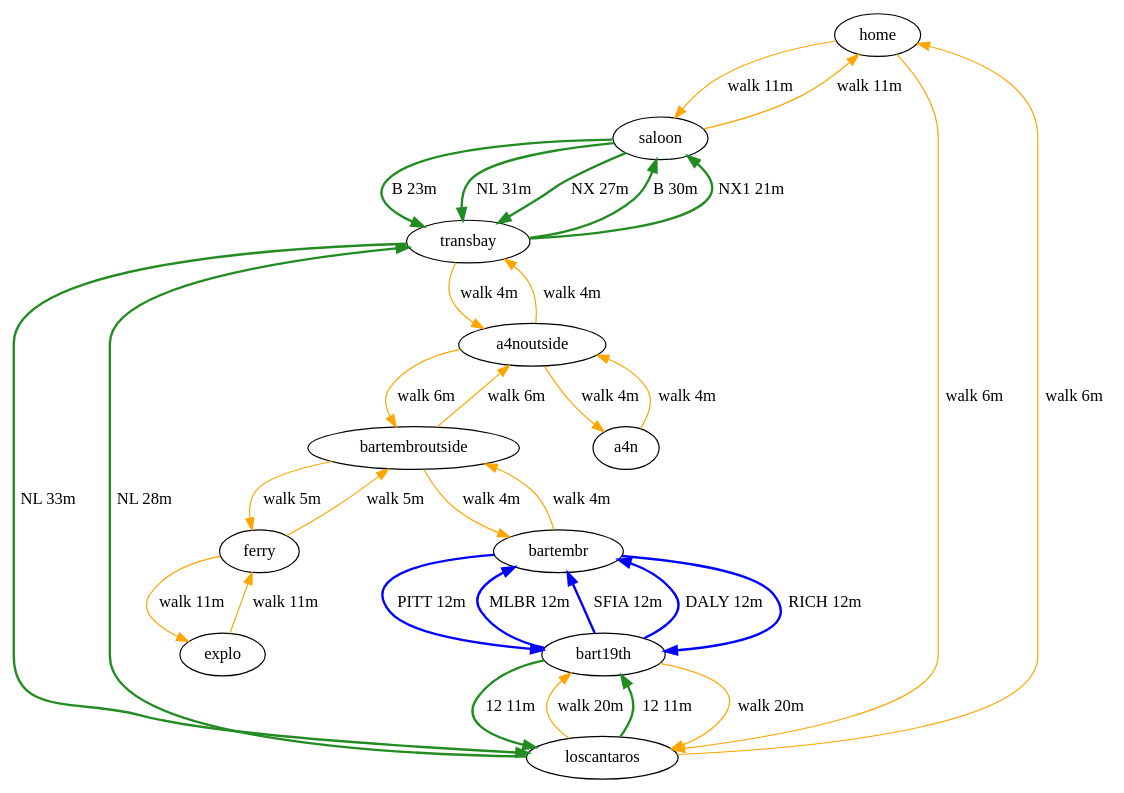
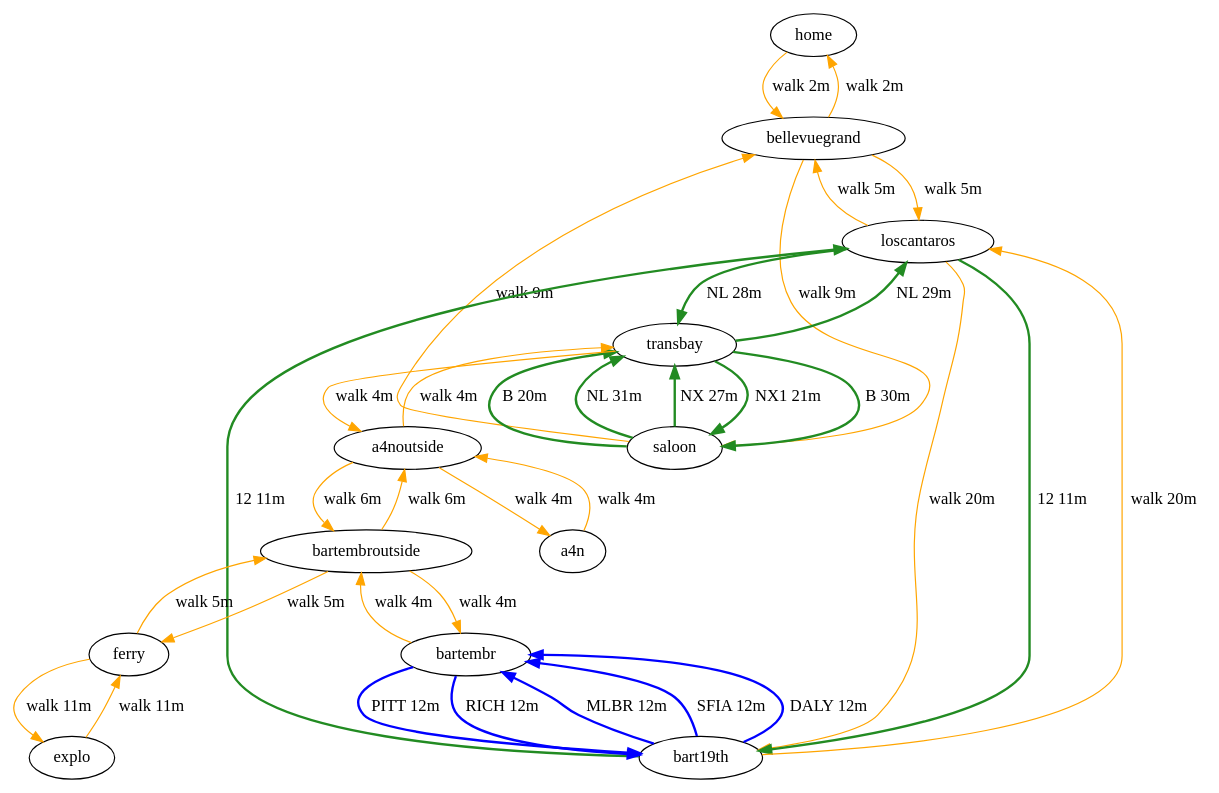
Before and after one commit to longears/busfinder: the diagram in build/graph.dot, drawn with Graphviz. The commit also changed 5 other files, not shown here.

```diff
--- a/build/graph.dot
+++ b/build/graph.dot
@@ -1,35 +1,37 @@
 digraph {
     edge [len=3];
-    home -> saloon[label="walk 11m", color=orange];
-    saloon -> home[label="walk 11m", color=orange];
-    home -> loscantaros[label="walk 6m", color=orange];
-    loscantaros -> home[label="walk 6m", color=orange];
+    home -> bellevuegrand[label="walk 2m", color=orange];
+    bellevuegrand -> home[label="walk 2m", color=orange];
+    bellevuegrand -> saloon[label="walk 9m", color=orange];
+    saloon -> bellevuegrand[label="walk 9m", color=orange];
+    bellevuegrand -> loscantaros[label="walk 5m", color=orange];
+    loscantaros -> bellevuegrand[label="walk 5m", color=orange];
     loscantaros -> bart19th[label="walk 20m", color=orange];
     bart19th -> loscantaros[label="walk 20m", color=orange];
     ferry -> explo[label="walk 11m", color=orange];
     explo -> ferry[label="walk 11m", color=orange];
     ferry -> bartembroutside[label="walk 5m", color=orange];
     bartembroutside -> ferry[label="walk 5m", color=orange];
     bartembroutside -> a4noutside[label="walk 6m", color=orange];
     a4noutside -> bartembroutside[label="walk 6m", color=orange];
     a4noutside -> transbay[label="walk 4m", color=orange];
     transbay -> a4noutside[label="walk 4m", color=orange];
     bartembr -> bartembroutside[label="walk 4m", color=orange];
     bartembroutside -> bartembr[label="walk 4m", color=orange];
     a4noutside -> a4n[label="walk 4m", color=orange];
     a4n -> a4noutside[label="walk 4m", color=orange];
     loscantaros -> bart19th[label="12 11m", color=forestgreen, style=bold];
     bart19th -> loscantaros[label="12 11m", color=forestgreen, style=bold];
     bart19th -> bartembr[label="MLBR 12m", color=blue, style=bold];
     bart19th -> bartembr[label="SFIA 12m", color=blue, style=bold];
     bart19th -> bartembr[label="DALY 12m", color=blue, style=bold];
     bartembr -> bart19th[label="RICH 12m", color=blue, style=bold];
     bartembr -> bart19th[label="PITT 12m", color=blue, style=bold];
-    saloon -> transbay[label="B 23m", color=forestgreen, style=bold];
+    saloon -> transbay[label="B 20m", color=forestgreen, style=bold];
     saloon -> transbay[label="NL 31m", color=forestgreen, style=bold];
     saloon -> transbay[label="NX 27m", color=forestgreen, style=bold];
     loscantaros -> transbay[label="NL 28m", color=forestgreen, style=bold];
     transbay -> saloon[label="B 30m", color=forestgreen, style=bold];
-    transbay -> loscantaros[label="NL 33m", color=forestgreen, style=bold];
+    transbay -> loscantaros[label="NL 29m", color=forestgreen, style=bold];
     transbay -> saloon[label="NX1 21m", color=forestgreen, style=bold];
 }
```
